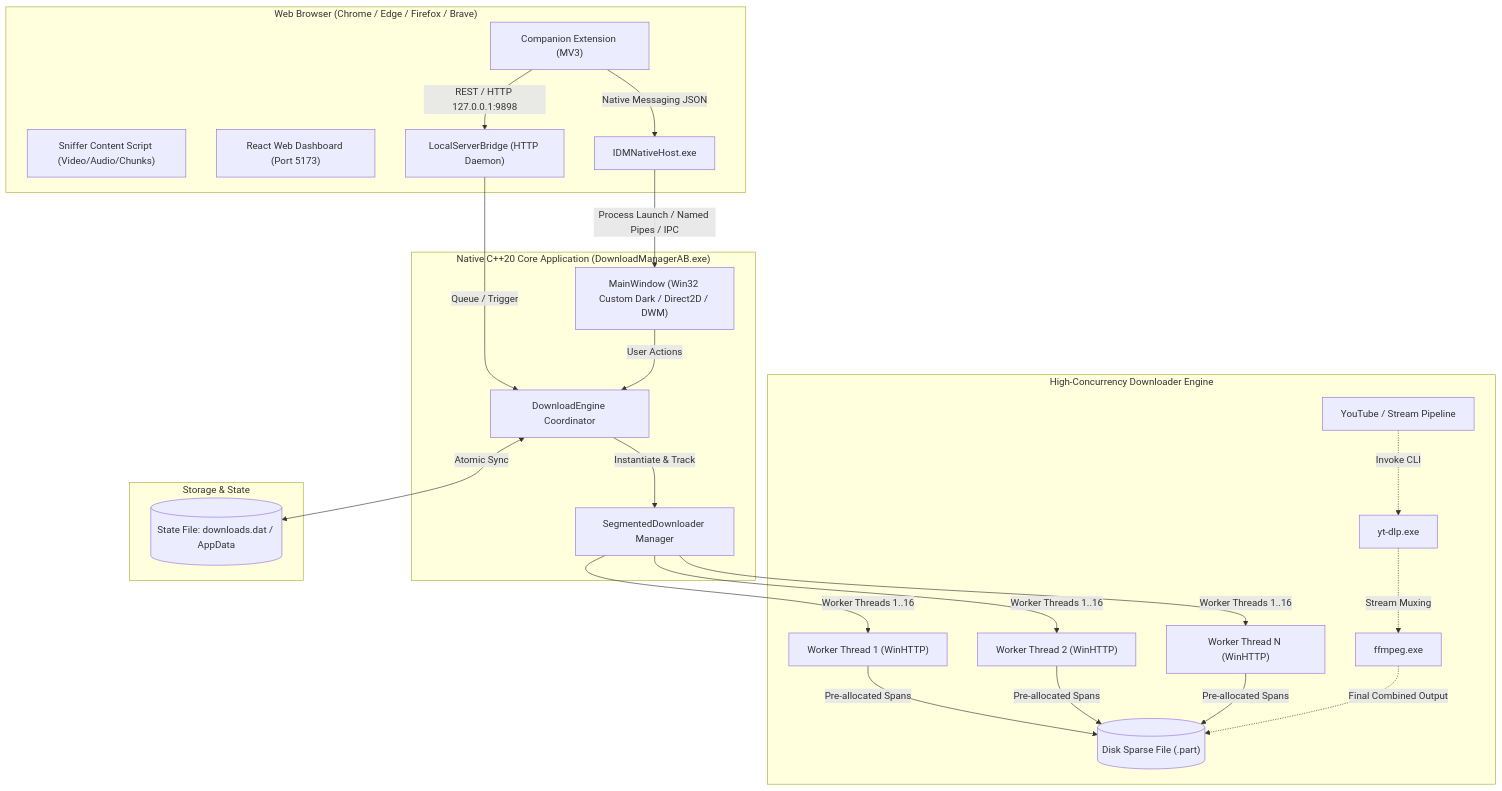
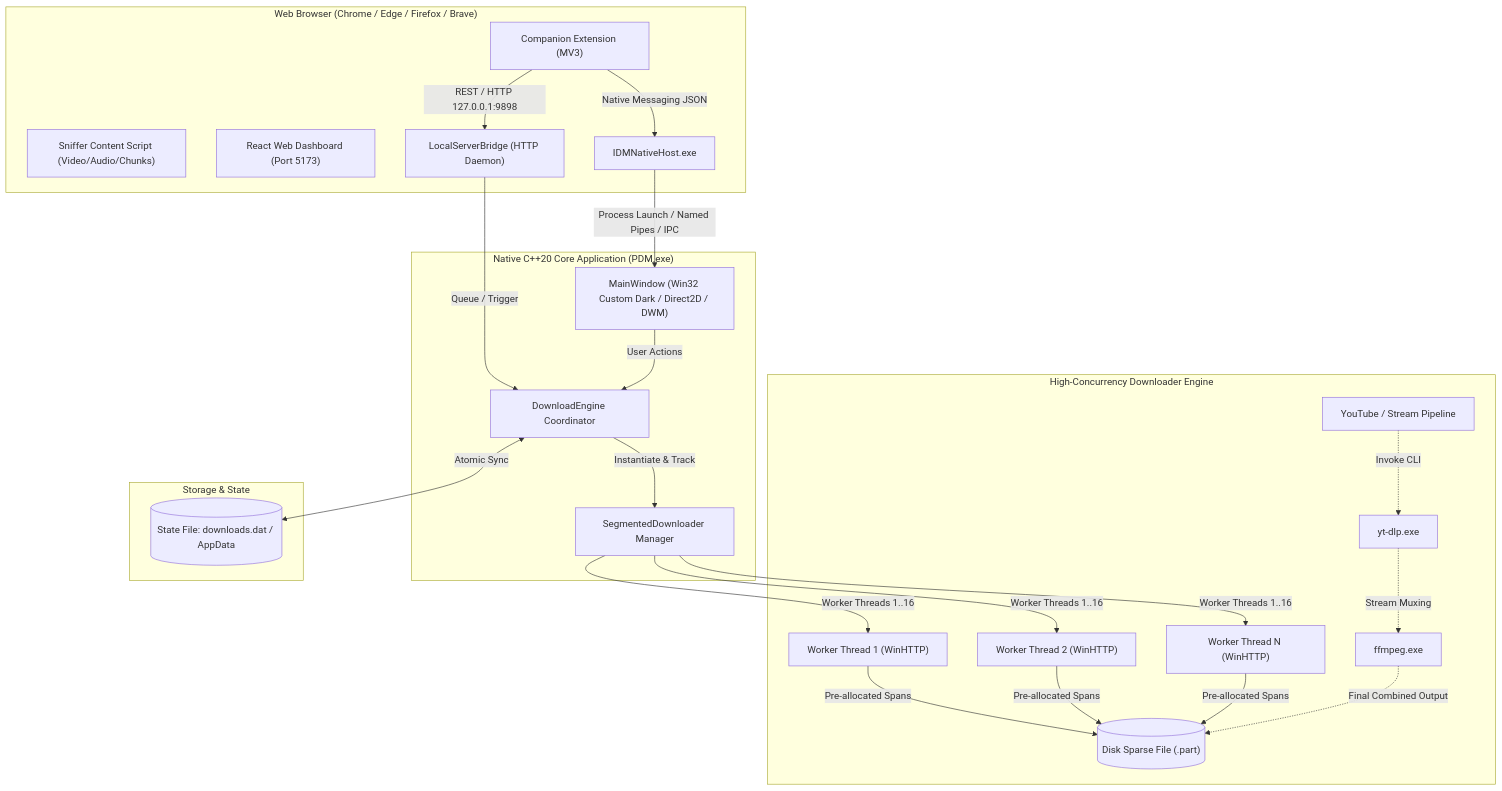
The diagram in README.md (MoAb-01/PDM), drawn with Mermaid before and after one commit. The commit also changed other lines of this file, not shown here.

Commit message:
docs: rename project to PDM, remove emojis, and fix TOC anchor links

````diff
--- a/README.md
+++ b/README.md
@@ -57,41 +57,41 @@
 ```mermaid
 flowchart TB
     subgraph Browser ["Web Browser (Chrome / Edge / Firefox / Brave)"]
         EXT["Companion Extension (MV3)"]
         SNIFF["Sniffer Content Script (Video/Audio/Chunks)"]
         WEBUI["React Web Dashboard (Port 5173)"]
         EXT -->|Native Messaging JSON| NATHOS["IDMNativeHost.exe"]
         EXT -->|REST / HTTP 127.0.0.1:9898| SRV
     end
 
-    subgraph NativeApp ["Native C++20 Core Application (DownloadManagerAB.exe)"]
+    subgraph NativeApp ["Native C++20 Core Application (PDM.exe)"]
         NATHOS -->|Process Launch / Named Pipes / IPC| MAINWIN
         SRV["LocalServerBridge (HTTP Daemon)"]
         MAINWIN["MainWindow (Win32 Custom Dark / Direct2D / DWM)"]
         DLENGINE["DownloadEngine Coordinator"]
         SEGMGR["SegmentedDownloader Manager"]
         
         SRV -->|Queue / Trigger| DLENGINE
         MAINWIN -->|User Actions| DLENGINE
         DLENGINE -->|Instantiate & Track| SEGMGR
     end
 
     subgraph CoreEngine ["High-Concurrency Downloader Engine"]
         SEGMGR -->|Worker Threads 1..16| T1["Worker Thread 1 (WinHTTP)"]
         SEGMGR -->|Worker Threads 1..16| T2["Worker Thread 2 (WinHTTP)"]
         SEGMGR -->|Worker Threads 1..16| TN["Worker Thread N (WinHTTP)"]
         
         T1 -->|Pre-allocated Spans| DISK[("Disk Sparse File (.part)")]
         T2 -->|Pre-allocated Spans| DISK
         TN -->|Pre-allocated Spans| DISK
         
         YOUTUBE["YouTube / Stream Pipeline"] -.->|Invoke CLI| YTDLP["yt-dlp.exe"]
         YTDLP -.->|Stream Muxing| FFMPEG["ffmpeg.exe"]
         FFMPEG -.->|Final Combined Output| DISK
     end
 
     subgraph Persistence ["Storage & State"]
         STATE[("State File: downloads.dat / AppData")]
         DLENGINE <-->|Atomic Sync| STATE
     end
 ```
````
